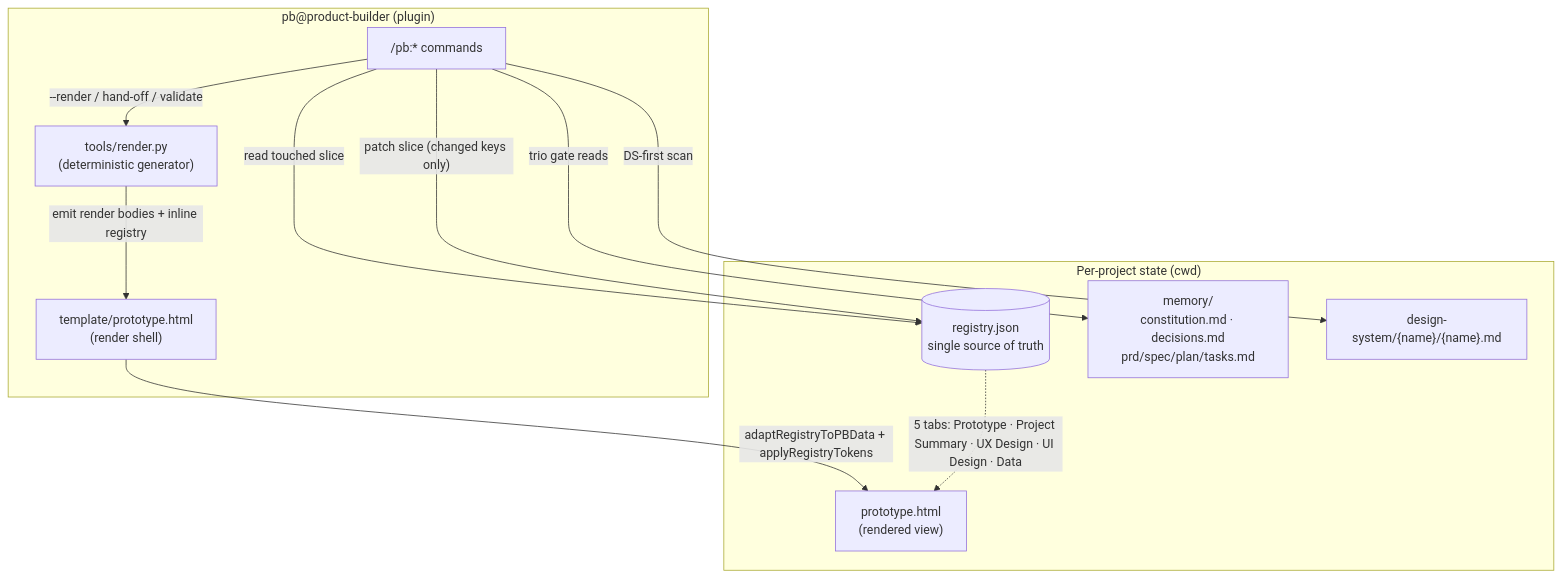
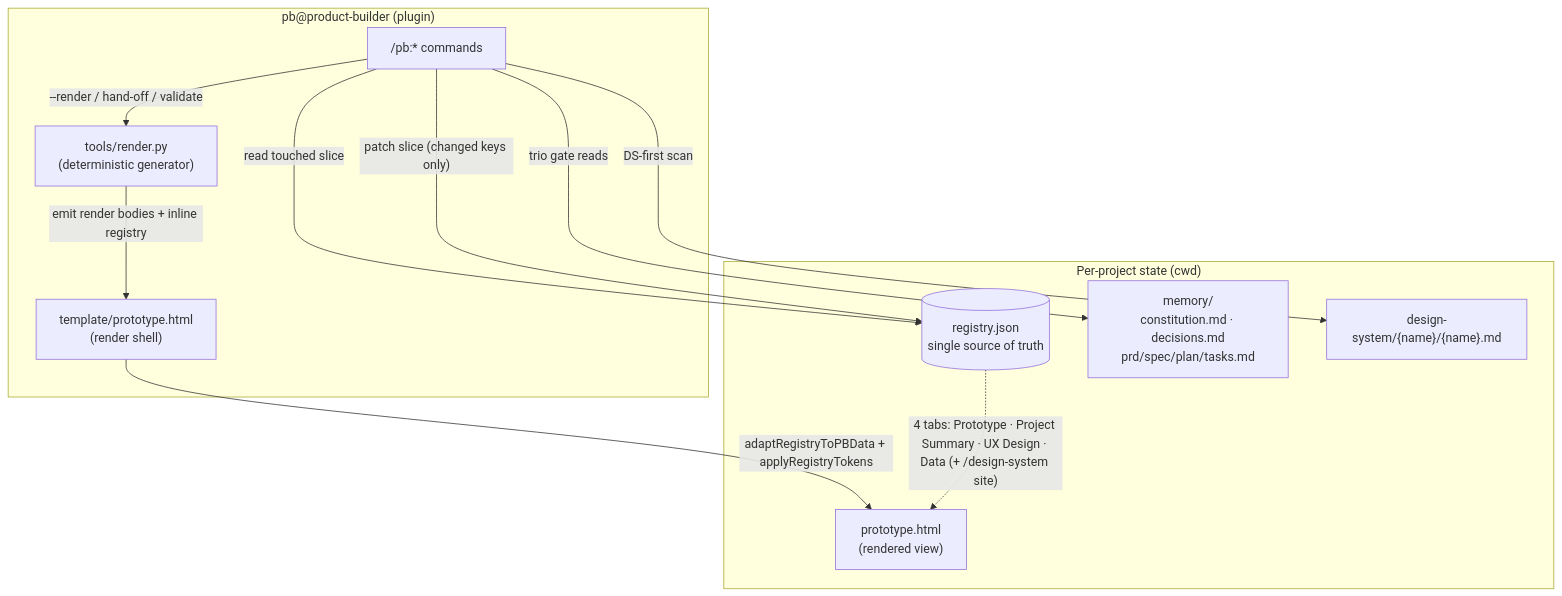
The diagram in docs/architecture.md (danhnbui/prototype-builder), drawn with Mermaid before and after one commit. The commit also changed other lines of this file and 71 other files, not shown here.

First line of the commit message:
release: v1.11.0 — one registry → two sites (prototype + design-system), Figma DS bridge

````diff
--- a/docs/architecture.md
+++ b/docs/architecture.md
@@ -171,24 +177,24 @@
 ```mermaid
 flowchart TD
   subgraph project["Per-project state (cwd)"]
     REG[("registry.json<br/>single source of truth")]
     MEM["memory/<br/>constitution.md · decisions.md<br/>prd/spec/plan/tasks.md"]
     DS["design-system/{name}/{name}.md"]
     HTML["prototype.html<br/>(rendered view)"]
   end
 
   subgraph plugin["pb@product-builder (plugin)"]
     CMDS["/pb:* commands"]
     GEN["tools/render.py<br/>(deterministic generator)"]
     SHELL["template/prototype.html<br/>(render shell)"]
   end
 
   CMDS -- "read touched slice" --> REG
   CMDS -- "trio gate reads" --> MEM
   CMDS -- "DS-first scan" --> DS
   CMDS -- "patch slice (changed keys only)" --> REG
   CMDS -- "--render / hand-off / validate" --> GEN
   GEN -- "emit render bodies + inline registry" --> SHELL
   SHELL -- "adaptRegistryToPBData + applyRegistryTokens" --> HTML
-  REG -. "5 tabs: Prototype · Project Summary · UX Design · UI Design · Data" .-> HTML
+  REG -. "4 tabs: Prototype · Project Summary · UX Design · Data (+ /design-system site)" .-> HTML
 ```
````
